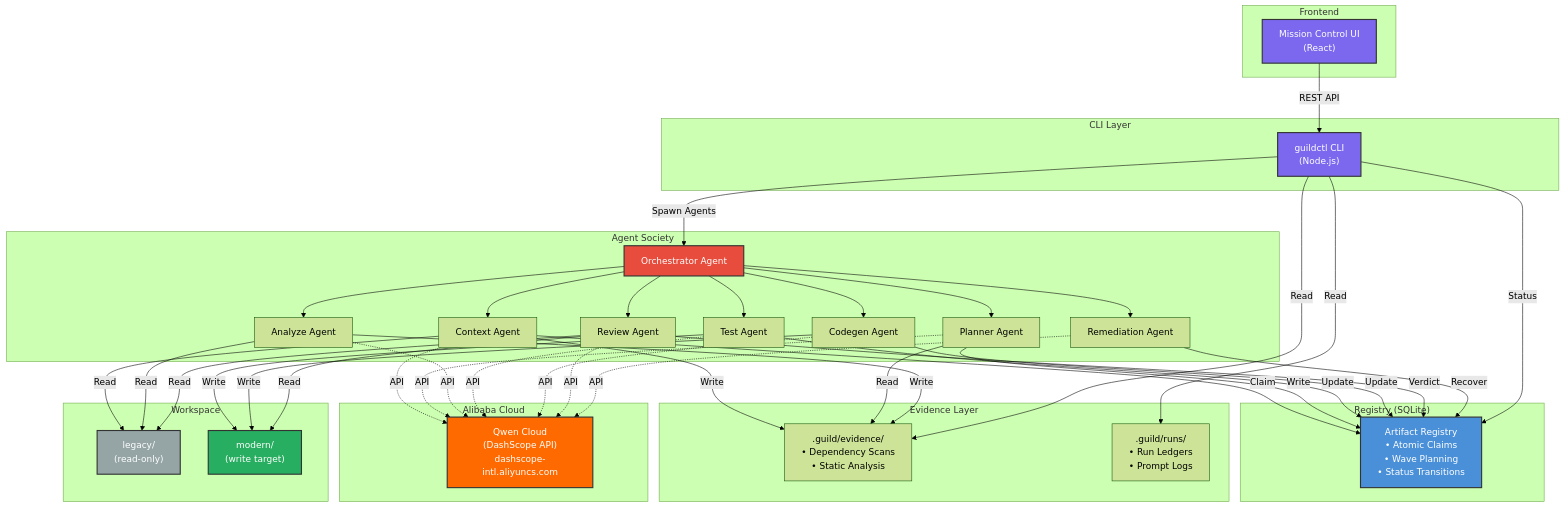
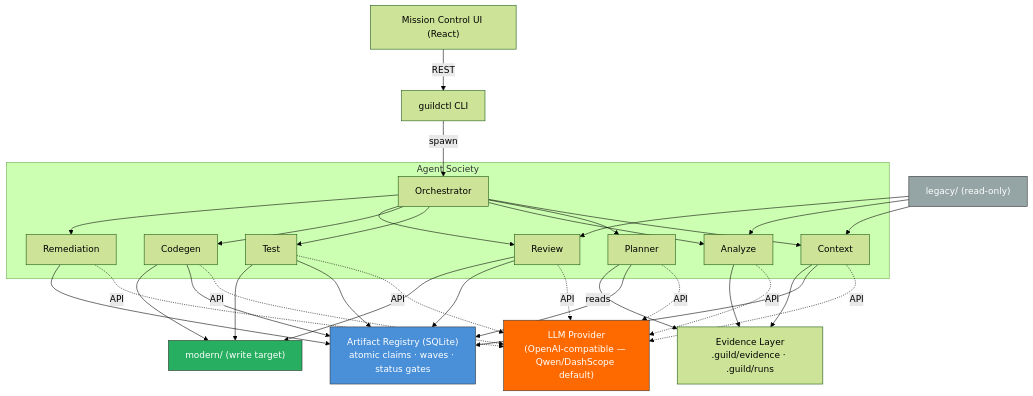
One commit to iserifith/migration-guild changed the diagram in README.md. Above: the diagram before and after it, drawn with Mermaid (forest theme). The commit also changed other lines of this file, not shown here.

Commit message:
Revise README for clarity and updated features
Updated the README to clarify the purpose and features of Migration Guild, including a new quick start guide and detailed architecture overview.

````diff
--- a/README.md
+++ b/README.md
@@ -18,85 +37,33 @@
 ```mermaid
 graph TB
-    subgraph "Frontend"
-        UI["Mission Control UI<br/>(React)"]
+    UI["Mission Control UI (React)"] -->|REST| CLI["guildctl CLI"]
+    CLI -->|spawn| ORCH["Orchestrator"]
+
+    subgraph "Agent Society"
+        ORCH --> CTX["Context"]
+        ORCH --> PLAN["Planner"]
+        ORCH --> ANA["Analyze"]
+        ORCH --> TEST["Test"]
+        ORCH --> CODE["Codegen"]
+        ORCH --> REV["Review"]
+        ORCH --> REM["Remediation"]
     end
 
-    UI -->|"REST API"| CLI
+    REG["Artifact Registry (SQLite)<br/>atomic claims · waves · status gates"]
+    EV["Evidence Layer<br/>.guild/evidence · .guild/runs"]
+    LLM["LLM Provider<br/>(OpenAI-compatible — Qwen/DashScope default)"]
 
-    subgraph "CLI Layer"
-        CLI["guildctl CLI<br/>(Node.js)"]
-    end
+    CTX & PLAN & ANA & TEST & CODE & REV & REM -.->|API| LLM
+    CTX & PLAN & TEST & CODE & REV & REM --> REG
+    CTX & ANA --> EV
+    PLAN -->|reads| EV
 
-    CLI -->|"Spawn Agents"| ORCH
+    LEG["legacy/ (read-only)"] --> CTX & ANA & REV
+    TEST & CODE --> MOD["modern/ (write target)"]
+    REV --> MOD
 
-    subgraph "Agent Society"
-        ORCH["Orchestrator Agent"]
-        ORCH --> CTX["Context Agent"]
-        ORCH --> PLAN["Planner Agent"]
-        ORCH --> ANA["Analyze Agent"]
-        ORCH --> TEST["Test Agent"]
-        ORCH --> CODE["Codegen Agent"]
-        ORCH --> REV["Review Agent"]
-        ORCH --> REM["Remediation Agent"]
-    end
-
-    subgraph "Registry (SQLite)"
-        REG["Artifact Registry<br/>• Atomic Claims<br/>• Wave Planning<br/>• Status Transitions"]
-    end
-
-    subgraph "Evidence Layer"
-        EV[".guild/evidence/<br/>• Dependency Scans<br/>• Static Analysis"]
-        RUNS[".guild/runs/<br/>• Run Ledgers<br/>• Prompt Logs"]
-    end
-
-    subgraph "Alibaba Cloud"
-        QWEN["Qwen Cloud<br/>(DashScope API)<br/>dashscope-intl.aliyuncs.com"]
-    end
-
-    subgraph "Workspace"
-        LEG["legacy/<br/>(read-only)"]
-        MOD["modern/<br/>(write target)"]
-    end
-
-    CTX -->|"Read"| LEG
-    CTX -->|"Write"| EV
-    CTX -->|"Claim"| REG
-
-    PLAN -->|"Read"| EV
-    PLAN -->|"Write"| REG
-
-    ANA -->|"Read"| LEG
-    ANA -->|"Write"| EV
-
-    TEST -->|"Write"| MOD
-    TEST -->|"Update"| REG
-
-    CODE -->|"Write"| MOD
-    CODE -->|"Update"| REG
-
-    REV -->|"Read"| LEG
-    REV -->|"Read"| MOD
-    REV -->|"Verdict"| REG
-
-    REM -->|"Recover"| REG
-
-    CTX -.->|"API"| QWEN
-    PLAN -.->|"API"| QWEN
-    ANA -.->|"API"| QWEN
-    TEST -.->|"API"| QWEN
-    CODE -.->|"API"| QWEN
-    REV -.->|"API"| QWEN
-    REM -.->|"API"| QWEN
-
-    CLI -->|"Status"| REG
-    CLI -->|"Read"| EV
-    CLI -->|"Read"| RUNS
-
-    style QWEN fill:#ff6a00,stroke:#333,stroke-width:2px,color:#fff
-    style REG fill:#4a90d9,stroke:#333,stroke-width:2px,color:#fff
-    style UI fill:#7b68ee,stroke:#333,stroke-width:2px,color:#fff
-    style CLI fill:#7b68ee,stroke:#333,stroke-width:2px,color:#fff
-    style ORCH fill:#e74c3c,stroke:#333,stroke-width:2px,color:#fff
-    style LEG fill:#95a5a6,stroke:#333,stroke-width:2px,color:#fff
-    style MOD fill:#27ae60,stroke:#333,stroke-width:2px,color:#fff
+    style REG fill:#4a90d9,stroke:#333,color:#fff
+    style LLM fill:#ff6a00,stroke:#333,color:#fff
+    style LEG fill:#95a5a6,stroke:#333,color:#fff
+    style MOD fill:#27ae60,stroke:#333,color:#fff
 ```
````
